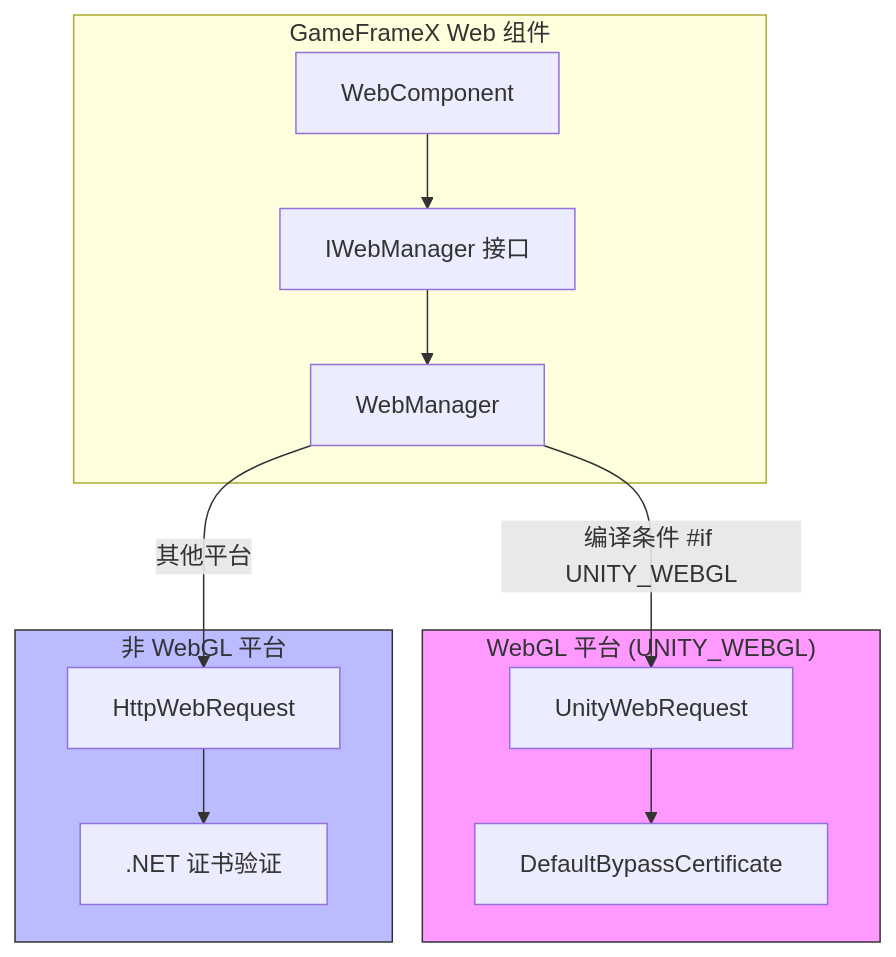
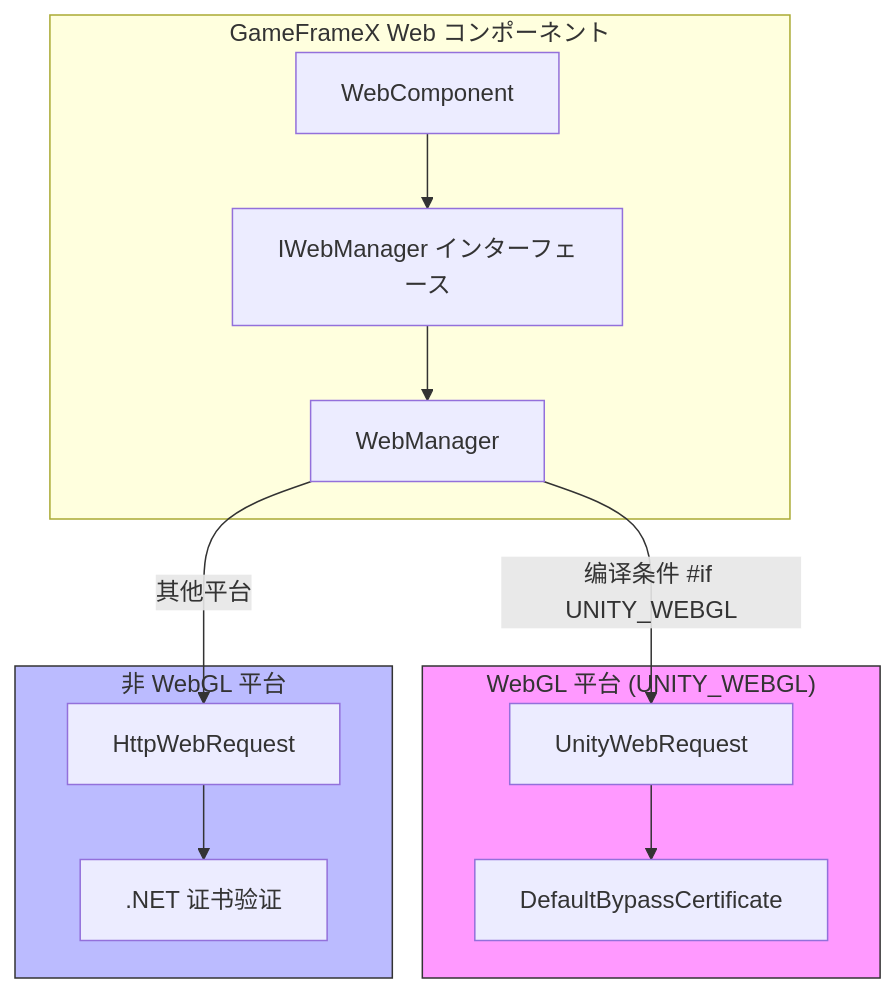
One commit to AlianBlank/GameFrameX.Docs changed the first of 2 diagrams in docs/ja/client/unity/component/web/09.platform-differences.md. Above: the diagram before and after it, drawn with Mermaid. The commit also changed other lines of this file and 603 other files, not shown here.

````diff
--- a/docs/ja/client/unity/component/web/09.platform-differences.md
+++ b/docs/ja/client/unity/component/web/09.platform-differences.md
@@ -23,28 +23,28 @@
 ```mermaid
 flowchart TD
-    subgraph GameFrameX_Web["GameFrameX Web 组件"]
-        IWM[IWebManager 接口]
+    subgraph GameFrameX_Web["GameFrameX Web コンポーネント"]
+        IWM[IWebManager インターフェース]
         WM[WebManager]
         WC[WebComponent]
     end
 
     subgraph WebGL_Platform["WebGL 平台 (UNITY_WEBGL)"]
         UWR[UnityWebRequest]
         BC[DefaultBypassCertificate]
     end
 
     subgraph NonWebGL_Platform["非 WebGL 平台"]
         HWR[HttpWebRequest]
         NC[.NET 证书验证]
     end
 
     WC --> IWM
     IWM --> WM
     WM -->|编译条件 #if UNITY_WEBGL| UWR
     UWR --> BC
     WM -->|其他平台| HWR
     HWR --> NC
 
     style WebGL_Platform fill:#f9f,stroke:#333
     style NonWebGL_Platform fill:#bbf,stroke:#333
 ```
````
